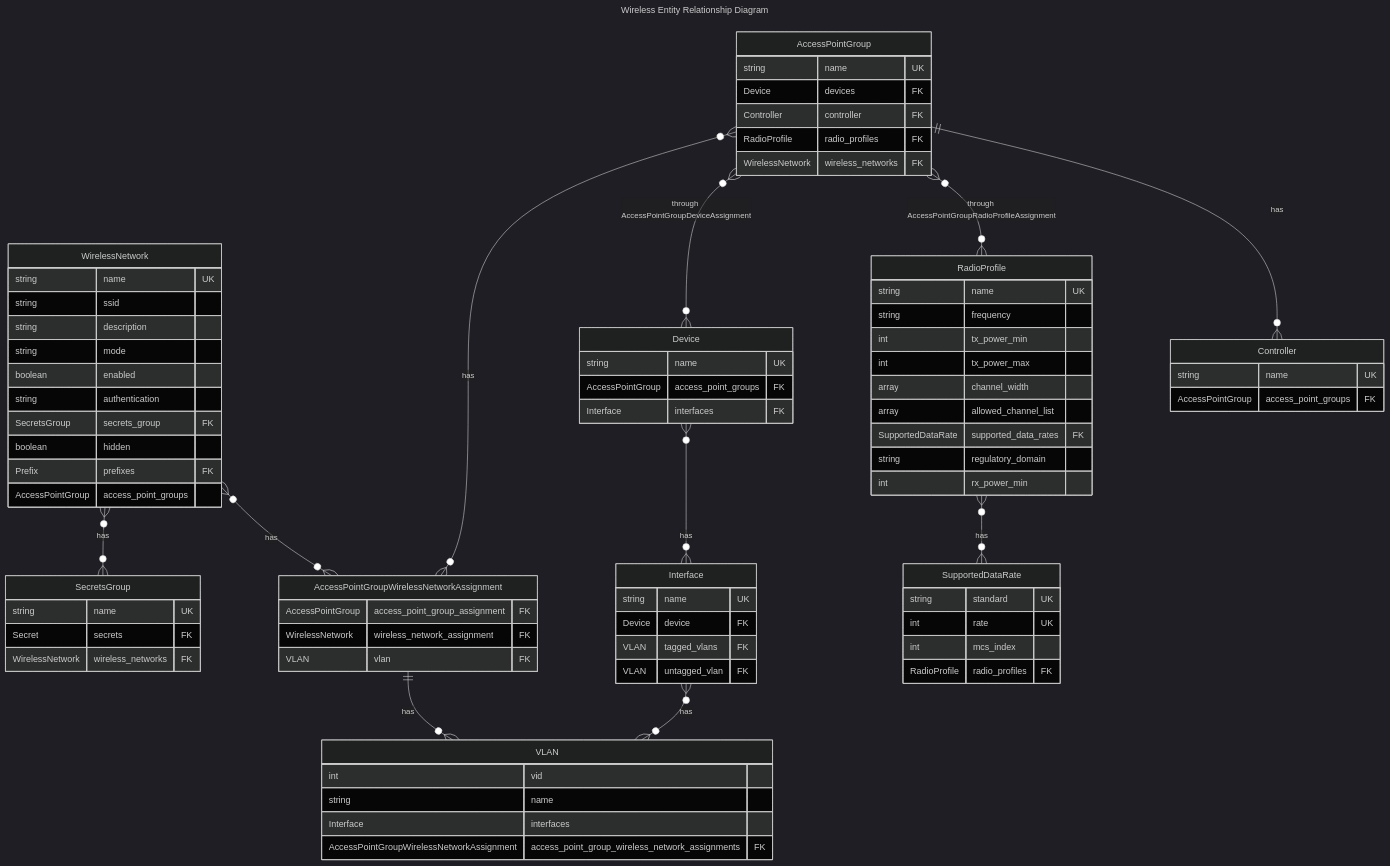
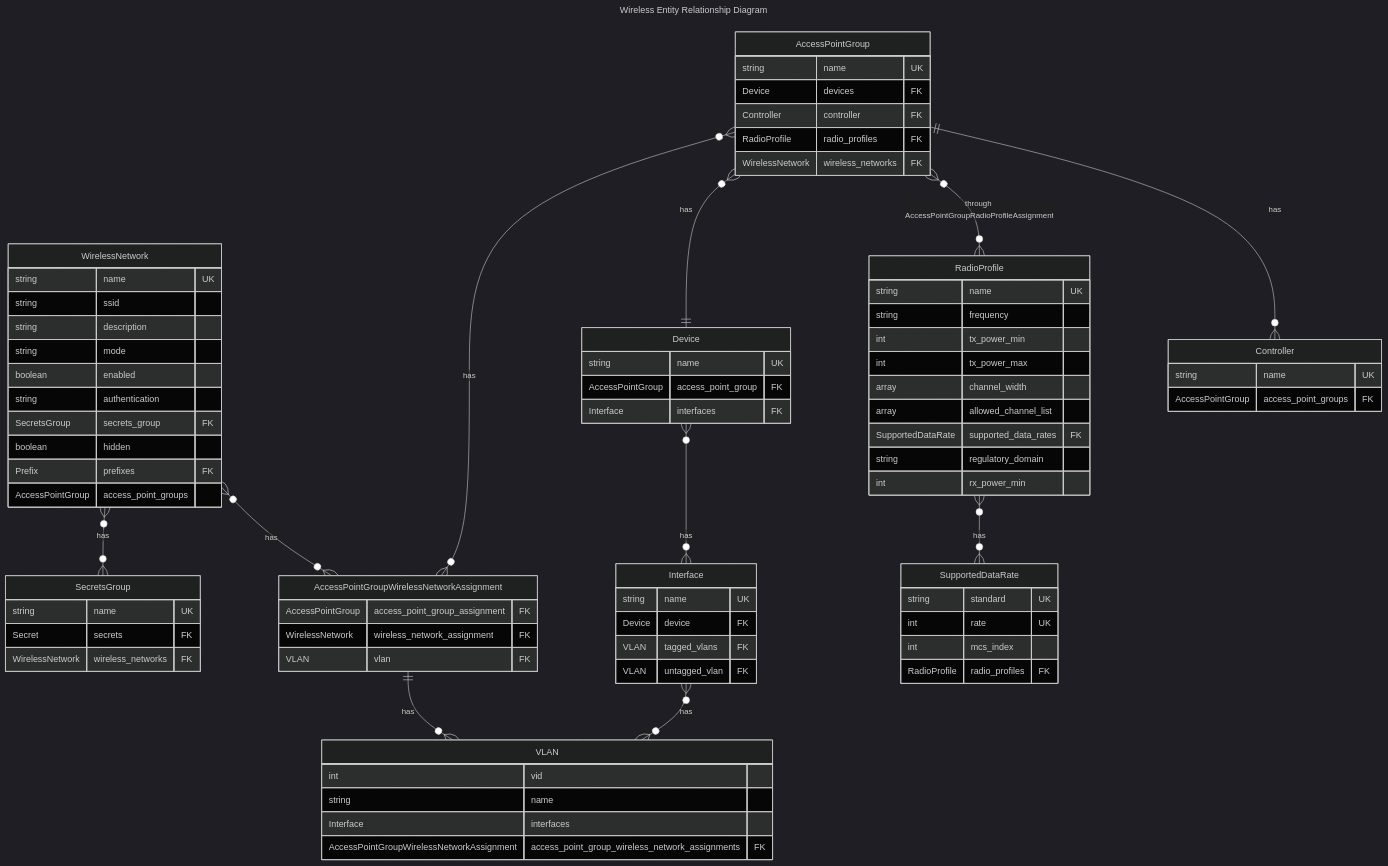
Before and after one commit to nautobot/nautobot: the diagram in nautobot/docs/user-guide/core-data-model/wireless/index.md, drawn with Mermaid (dark theme). The commit also changed 26 other files, not shown here.

```diff
--- a/nautobot/docs/user-guide/core-data-model/wireless/index.md
+++ b/nautobot/docs/user-guide/core-data-model/wireless/index.md
@@ -51,7 +51,7 @@
 
     Device {
         string name UK
-        AccessPointGroup access_point_groups FK
+        AccessPointGroup access_point_group FK
         Interface interfaces FK
     }
 
@@ -87,7 +87,7 @@
 
     AccessPointGroup ||--o{ Controller : has
     AccessPointGroup }o--o{ RadioProfile : "through AccessPointGroupRadioProfileAssignment"
-    AccessPointGroup }o--o{ Device : "through AccessPointGroupDeviceAssignment"
+    AccessPointGroup }o--|| Device : "has"
     AccessPointGroup }o--o{ AccessPointGroupWirelessNetworkAssignment : has
     WirelessNetwork }o--o{ AccessPointGroupWirelessNetworkAssignment : has
     WirelessNetwork }o--o{ SecretsGroup : has
```
